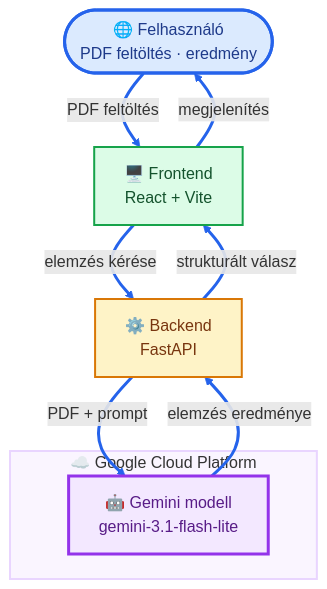
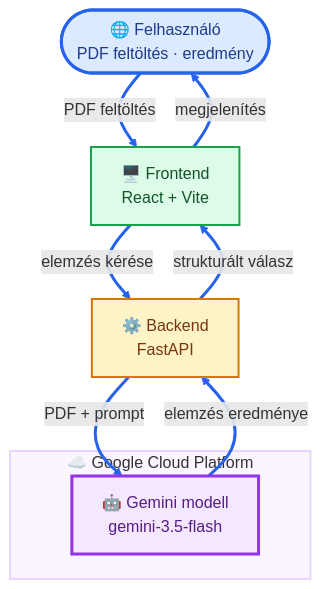
Before and after one commit to cloudsteak/trn-gcp-ai-contract-analyzer: the first of 6 diagrams in README.md, drawn with Mermaid. The commit also changed other lines of this file and 25 other files, not shown here.

````diff
--- a/README.md
+++ b/README.md
@@ -247,31 +247,31 @@
 ```mermaid
 flowchart TB
     User(["🌐 Felhasználó<br/>PDF feltöltés · eredmény"])
     FE["🖥️ Frontend<br/>React + Vite"]
     BE["⚙️ Backend<br/>FastAPI"]
 
     subgraph GCP["☁️ Google Cloud Platform"]
-        Gemini["🤖 Gemini modell<br/>gemini-3.1-flash-lite"]
+        Gemini["🤖 Gemini modell<br/>gemini-3.5-flash"]
     end
 
     User ==>|"PDF feltöltés"| FE
     FE ==>|"elemzés kérése"| BE
     BE ==>|"PDF + prompt"| Gemini
     Gemini ==>|"elemzés eredménye"| BE
     BE ==>|"strukturált válasz"| FE
     FE ==>|"megjelenítés"| User
 
     classDef user fill:#DBEAFE,stroke:#2563EB,stroke-width:3px,color:#1E3A8A
     classDef frontend fill:#DCFCE7,stroke:#16A34A,stroke-width:2px,color:#14532D
     classDef backend fill:#FEF3C7,stroke:#D97706,stroke-width:2px,color:#78350F
     classDef ai fill:#F3E8FF,stroke:#9333EA,stroke-width:3px,color:#581C87
 
     class User user
     class FE frontend
     class BE backend
     class Gemini ai
 
     linkStyle 0,1,2,3,4,5 stroke:#2563EB,stroke-width:3px
 
     style GCP fill:#FAF5FF,stroke:#E9D5FF,stroke-width:2px
 ```
````
